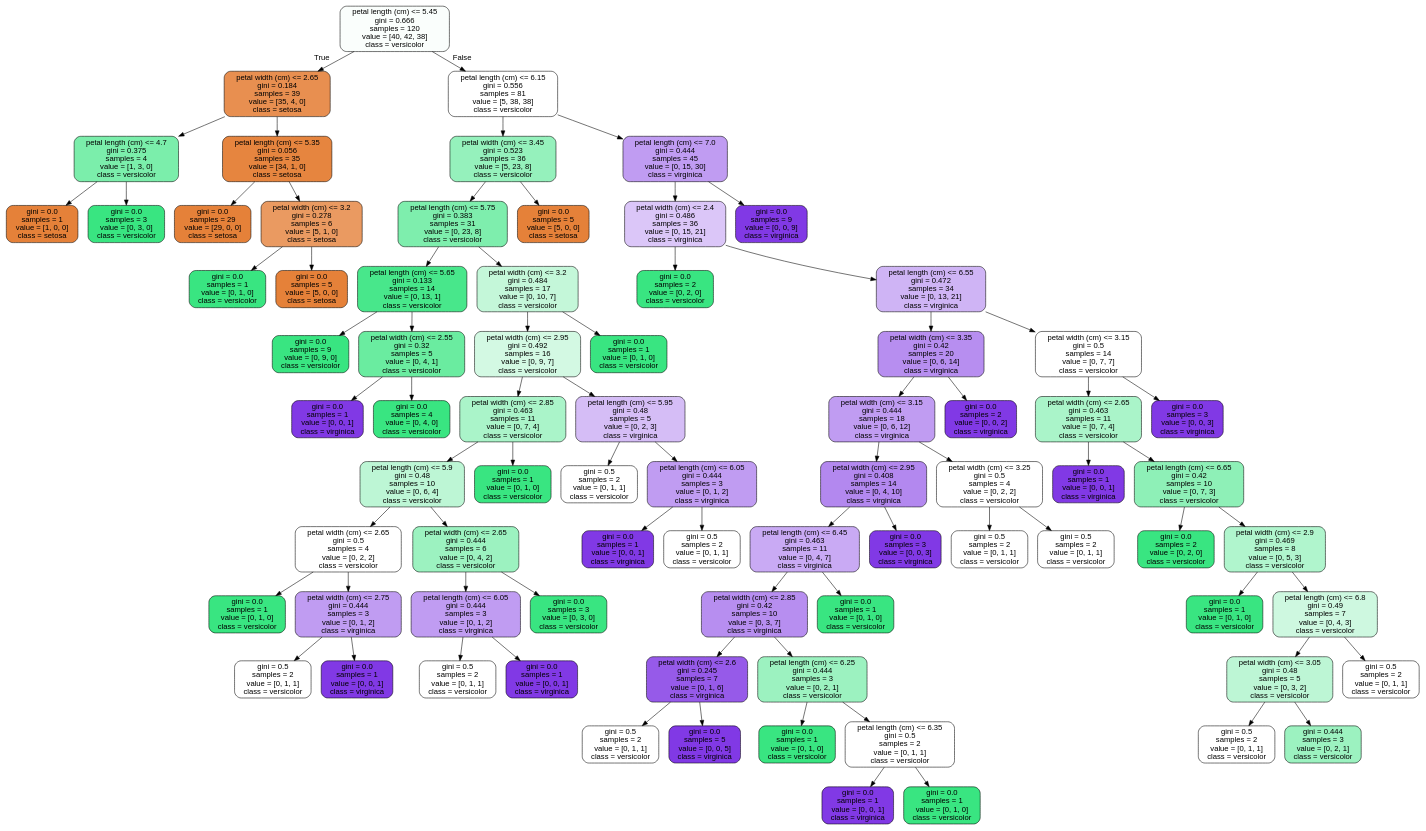
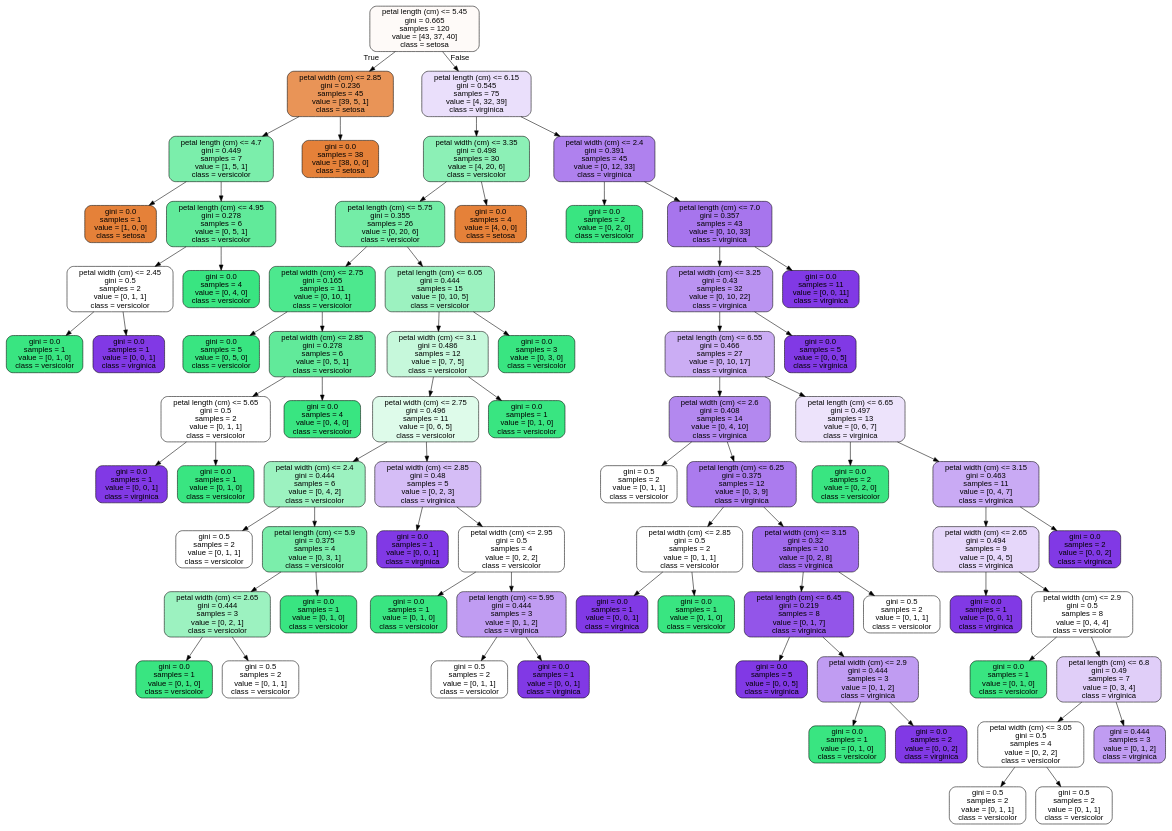
Before and after one commit to JoseDeJesusMendozaBecerril/Practica4_MineriaDeDatos: the diagram in images/decision_trees/iris_tree_train.dot, drawn with Graphviz. The commit also changed 8 other files, not shown here.

```diff
--- a/images/decision_trees/iris_tree_train.dot
+++ b/images/decision_trees/iris_tree_train.dot
@@ -1,157 +1,149 @@
 digraph Tree {
 node [shape=box, style="filled, rounded", color="black", fontname=helvetica] ;
 edge [fontname=helvetica] ;
-0 [label="petal length (cm) <= 5.45\ngini = 0.666\nsamples = 120\nvalue = [40, 42, 38]\nclass = versicolor", fillcolor="#fafefc"] ;
-1 [label="petal width (cm) <= 2.65\ngini = 0.184\nsamples = 39\nvalue = [35, 4, 0]\nclass = setosa", fillcolor="#e88f50"] ;
+0 [label="petal length (cm) <= 5.45\ngini = 0.665\nsamples = 120\nvalue = [43, 37, 40]\nclass = setosa", fillcolor="#fefaf8"] ;
+1 [label="petal width (cm) <= 2.85\ngini = 0.236\nsamples = 45\nvalue = [39, 5, 1]\nclass = setosa", fillcolor="#e99457"] ;
 0 -> 1 [labeldistance=2.5, labelangle=45, headlabel="True"] ;
-2 [label="petal length (cm) <= 4.7\ngini = 0.375\nsamples = 4\nvalue = [1, 3, 0]\nclass = versicolor", fillcolor="#7beeab"] ;
+2 [label="petal length (cm) <= 4.7\ngini = 0.449\nsamples = 7\nvalue = [1, 5, 1]\nclass = versicolor", fillcolor="#7beeab"] ;
 1 -> 2 ;
 3 [label="gini = 0.0\nsamples = 1\nvalue = [1, 0, 0]\nclass = setosa", fillcolor="#e58139"] ;
 2 -> 3 ;
-4 [label="gini = 0.0\nsamples = 3\nvalue = [0, 3, 0]\nclass = versicolor", fillcolor="#39e581"] ;
+4 [label="petal length (cm) <= 4.95\ngini = 0.278\nsamples = 6\nvalue = [0, 5, 1]\nclass = versicolor", fillcolor="#61ea9a"] ;
 2 -> 4 ;
-5 [label="petal length (cm) <= 5.35\ngini = 0.056\nsamples = 35\nvalue = [34, 1, 0]\nclass = setosa", fillcolor="#e6853f"] ;
-1 -> 5 ;
-6 [label="gini = 0.0\nsamples = 29\nvalue = [29, 0, 0]\nclass = setosa", fillcolor="#e58139"] ;
+5 [label="petal width (cm) <= 2.45\ngini = 0.5\nsamples = 2\nvalue = [0, 1, 1]\nclass = versicolor", fillcolor="#ffffff"] ;
+4 -> 5 ;
+6 [label="gini = 0.0\nsamples = 1\nvalue = [0, 1, 0]\nclass = versicolor", fillcolor="#39e581"] ;
 5 -> 6 ;
-7 [label="petal width (cm) <= 3.2\ngini = 0.278\nsamples = 6\nvalue = [5, 1, 0]\nclass = setosa", fillcolor="#ea9a61"] ;
+7 [label="gini = 0.0\nsamples = 1\nvalue = [0, 0, 1]\nclass = virginica", fillcolor="#8139e5"] ;
 5 -> 7 ;
-8 [label="gini = 0.0\nsamples = 1\nvalue = [0, 1, 0]\nclass = versicolor", fillcolor="#39e581"] ;
-7 -> 8 ;
-9 [label="gini = 0.0\nsamples = 5\nvalue = [5, 0, 0]\nclass = setosa", fillcolor="#e58139"] ;
-7 -> 9 ;
-10 [label="petal length (cm) <= 6.15\ngini = 0.556\nsamples = 81\nvalue = [5, 38, 38]\nclass = versicolor", fillcolor="#ffffff"] ;
+8 [label="gini = 0.0\nsamples = 4\nvalue = [0, 4, 0]\nclass = versicolor", fillcolor="#39e581"] ;
+4 -> 8 ;
+9 [label="gini = 0.0\nsamples = 38\nvalue = [38, 0, 0]\nclass = setosa", fillcolor="#e58139"] ;
+1 -> 9 ;
+10 [label="petal length (cm) <= 6.15\ngini = 0.545\nsamples = 75\nvalue = [4, 32, 39]\nclass = virginica", fillcolor="#eadffb"] ;
 0 -> 10 [labeldistance=2.5, labelangle=-45, headlabel="False"] ;
-11 [label="petal width (cm) <= 3.45\ngini = 0.523\nsamples = 36\nvalue = [5, 23, 8]\nclass = versicolor", fillcolor="#95f1bc"] ;
+11 [label="petal width (cm) <= 3.35\ngini = 0.498\nsamples = 30\nvalue = [4, 20, 6]\nclass = versicolor", fillcolor="#8cf0b6"] ;
 10 -> 11 ;
-12 [label="petal length (cm) <= 5.75\ngini = 0.383\nsamples = 31\nvalue = [0, 23, 8]\nclass = versicolor", fillcolor="#7eeead"] ;
+12 [label="petal length (cm) <= 5.75\ngini = 0.355\nsamples = 26\nvalue = [0, 20, 6]\nclass = versicolor", fillcolor="#74eda7"] ;
 11 -> 12 ;
-13 [label="petal length (cm) <= 5.65\ngini = 0.133\nsamples = 14\nvalue = [0, 13, 1]\nclass = versicolor", fillcolor="#48e78b"] ;
+13 [label="petal width (cm) <= 2.75\ngini = 0.165\nsamples = 11\nvalue = [0, 10, 1]\nclass = versicolor", fillcolor="#4de88e"] ;
 12 -> 13 ;
-14 [label="gini = 0.0\nsamples = 9\nvalue = [0, 9, 0]\nclass = versicolor", fillcolor="#39e581"] ;
+14 [label="gini = 0.0\nsamples = 5\nvalue = [0, 5, 0]\nclass = versicolor", fillcolor="#39e581"] ;
 13 -> 14 ;
-15 [label="petal width (cm) <= 2.55\ngini = 0.32\nsamples = 5\nvalue = [0, 4, 1]\nclass = versicolor", fillcolor="#6aeca0"] ;
+15 [label="petal width (cm) <= 2.85\ngini = 0.278\nsamples = 6\nvalue = [0, 5, 1]\nclass = versicolor", fillcolor="#61ea9a"] ;
 13 -> 15 ;
-16 [label="gini = 0.0\nsamples = 1\nvalue = [0, 0, 1]\nclass = virginica", fillcolor="#8139e5"] ;
+16 [label="petal length (cm) <= 5.65\ngini = 0.5\nsamples = 2\nvalue = [0, 1, 1]\nclass = versicolor", fillcolor="#ffffff"] ;
 15 -> 16 ;
-17 [label="gini = 0.0\nsamples = 4\nvalue = [0, 4, 0]\nclass = versicolor", fillcolor="#39e581"] ;
-15 -> 17 ;
-18 [label="petal width (cm) <= 3.2\ngini = 0.484\nsamples = 17\nvalue = [0, 10, 7]\nclass = versicolor", fillcolor="#c4f7d9"] ;
-12 -> 18 ;
-19 [label="petal width (cm) <= 2.95\ngini = 0.492\nsamples = 16\nvalue = [0, 9, 7]\nclass = versicolor", fillcolor="#d3f9e3"] ;
-18 -> 19 ;
-20 [label="petal width (cm) <= 2.85\ngini = 0.463\nsamples = 11\nvalue = [0, 7, 4]\nclass = versicolor", fillcolor="#aaf4c9"] ;
-19 -> 20 ;
-21 [label="petal length (cm) <= 5.9\ngini = 0.48\nsamples = 10\nvalue = [0, 6, 4]\nclass = versicolor", fillcolor="#bdf6d5"] ;
+17 [label="gini = 0.0\nsamples = 1\nvalue = [0, 0, 1]\nclass = virginica", fillcolor="#8139e5"] ;
+16 -> 17 ;
+18 [label="gini = 0.0\nsamples = 1\nvalue = [0, 1, 0]\nclass = versicolor", fillcolor="#39e581"] ;
+16 -> 18 ;
+19 [label="gini = 0.0\nsamples = 4\nvalue = [0, 4, 0]\nclass = versicolor", fillcolor="#39e581"] ;
+15 -> 19 ;
+20 [label="petal length (cm) <= 6.05\ngini = 0.444\nsamples = 15\nvalue = [0, 10, 5]\nclass = versicolor", fillcolor="#9cf2c0"] ;
+12 -> 20 ;
+21 [label="petal width (cm) <= 3.1\ngini = 0.486\nsamples = 12\nvalue = [0, 7, 5]\nclass = versicolor", fillcolor="#c6f8db"] ;
 20 -> 21 ;
-22 [label="petal width (cm) <= 2.65\ngini = 0.5\nsamples = 4\nvalue = [0, 2, 2]\nclass = versicolor", fillcolor="#ffffff"] ;
+22 [label="petal width (cm) <= 2.75\ngini = 0.496\nsamples = 11\nvalue = [0, 6, 5]\nclass = versicolor", fillcolor="#defbea"] ;
 21 -> 22 ;
-23 [label="gini = 0.0\nsamples = 1\nvalue = [0, 1, 0]\nclass = versicolor", fillcolor="#39e581"] ;
+23 [label="petal width (cm) <= 2.4\ngini = 0.444\nsamples = 6\nvalue = [0, 4, 2]\nclass = versicolor", fillcolor="#9cf2c0"] ;
 22 -> 23 ;
-24 [label="petal width (cm) <= 2.75\ngini = 0.444\nsamples = 3\nvalue = [0, 1, 2]\nclass = virginica", fillcolor="#c09cf2"] ;
-22 -> 24 ;
-25 [label="gini = 0.5\nsamples = 2\nvalue = [0, 1, 1]\nclass = versicolor", fillcolor="#ffffff"] ;
-24 -> 25 ;
-26 [label="gini = 0.0\nsamples = 1\nvalue = [0, 0, 1]\nclass = virginica", fillcolor="#8139e5"] ;
-24 -> 26 ;
-27 [label="petal width (cm) <= 2.65\ngini = 0.444\nsamples = 6\nvalue = [0, 4, 2]\nclass = versicolor", fillcolor="#9cf2c0"] ;
-21 -> 27 ;
-28 [label="petal length (cm) <= 6.05\ngini = 0.444\nsamples = 3\nvalue = [0, 1, 2]\nclass = virginica", fillcolor="#c09cf2"] ;
-27 -> 28 ;
-29 [label="gini = 0.5\nsamples = 2\nvalue = [0, 1, 1]\nclass = versicolor", fillcolor="#ffffff"] ;
-28 -> 29 ;
-30 [label="gini = 0.0\nsamples = 1\nvalue = [0, 0, 1]\nclass = virginica", fillcolor="#8139e5"] ;
-28 -> 30 ;
-31 [label="gini = 0.0\nsamples = 3\nvalue = [0, 3, 0]\nclass = versicolor", fillcolor="#39e581"] ;
-27 -> 31 ;
-32 [label="gini = 0.0\nsamples = 1\nvalue = [0, 1, 0]\nclass = versicolor", fillcolor="#39e581"] ;
-20 -> 32 ;
-33 [label="petal length (cm) <= 5.95\ngini = 0.48\nsamples = 5\nvalue = [0, 2, 3]\nclass = virginica", fillcolor="#d5bdf6"] ;
-19 -> 33 ;
-34 [label="gini = 0.5\nsamples = 2\nvalue = [0, 1, 1]\nclass = versicolor", fillcolor="#ffffff"] ;
-33 -> 34 ;
-35 [label="petal length (cm) <= 6.05\ngini = 0.444\nsamples = 3\nvalue = [0, 1, 2]\nclass = virginica", fillcolor="#c09cf2"] ;
-33 -> 35 ;
+24 [label="gini = 0.5\nsamples = 2\nvalue = [0, 1, 1]\nclass = versicolor", fillcolor="#ffffff"] ;
+23 -> 24 ;
+25 [label="petal length (cm) <= 5.9\ngini = 0.375\nsamples = 4\nvalue = [0, 3, 1]\nclass = versicolor", fillcolor="#7beeab"] ;
+23 -> 25 ;
+26 [label="petal width (cm) <= 2.65\ngini = 0.444\nsamples = 3\nvalue = [0, 2, 1]\nclass = versicolor", fillcolor="#9cf2c0"] ;
+25 -> 26 ;
+27 [label="gini = 0.0\nsamples = 1\nvalue = [0, 1, 0]\nclass = versicolor", fillcolor="#39e581"] ;
+26 -> 27 ;
+28 [label="gini = 0.5\nsamples = 2\nvalue = [0, 1, 1]\nclass = versicolor", fillcolor="#ffffff"] ;
+26 -> 28 ;
+29 [label="gini = 0.0\nsamples = 1\nvalue = [0, 1, 0]\nclass = versicolor", fillcolor="#39e581"] ;
+25 -> 29 ;
+30 [label="petal width (cm) <= 2.85\ngini = 0.48\nsamples = 5\nvalue = [0, 2, 3]\nclass = virginica", fillcolor="#d5bdf6"] ;
+22 -> 30 ;
+31 [label="gini = 0.0\nsamples = 1\nvalue = [0, 0, 1]\nclass = virginica", fillcolor="#8139e5"] ;
+30 -> 31 ;
+32 [label="petal width (cm) <= 2.95\ngini = 0.5\nsamples = 4\nvalue = [0, 2, 2]\nclass = versicolor", fillcolor="#ffffff"] ;
+30 -> 32 ;
+33 [label="gini = 0.0\nsamples = 1\nvalue = [0, 1, 0]\nclass = versicolor", fillcolor="#39e581"] ;
+32 -> 33 ;
+34 [label="petal length (cm) <= 5.95\ngini = 0.444\nsamples = 3\nvalue = [0, 1, 2]\nclass = virginica", fillcolor="#c09cf2"] ;
+32 -> 34 ;
+35 [label="gini = 0.5\nsamples = 2\nvalue = [0, 1, 1]\nclass = versicolor", fillcolor="#ffffff"] ;
+34 -> 35 ;
 36 [label="gini = 0.0\nsamples = 1\nvalue = [0, 0, 1]\nclass = virginica", fillcolor="#8139e5"] ;
-35 -> 36 ;
-37 [label="gini = 0.5\nsamples = 2\nvalue = [0, 1, 1]\nclass = versicolor", fillcolor="#ffffff"] ;
-35 -> 37 ;
-38 [label="gini = 0.0\nsamples = 1\nvalue = [0, 1, 0]\nclass = versicolor", fillcolor="#39e581"] ;
-18 -> 38 ;
-39 [label="gini = 0.0\nsamples = 5\nvalue = [5, 0, 0]\nclass = setosa", fillcolor="#e58139"] ;
+34 -> 36 ;
+37 [label="gini = 0.0\nsamples = 1\nvalue = [0, 1, 0]\nclass = versicolor", fillcolor="#39e581"] ;
+21 -> 37 ;
+38 [label="gini = 0.0\nsamples = 3\nvalue = [0, 3, 0]\nclass = versicolor", fillcolor="#39e581"] ;
+20 -> 38 ;
+39 [label="gini = 0.0\nsamples = 4\nvalue = [4, 0, 0]\nclass = setosa", fillcolor="#e58139"] ;
 11 -> 39 ;
-40 [label="petal length (cm) <= 7.0\ngini = 0.444\nsamples = 45\nvalue = [0, 15, 30]\nclass = virginica", fillcolor="#c09cf2"] ;
+40 [label="petal width (cm) <= 2.4\ngini = 0.391\nsamples = 45\nvalue = [0, 12, 33]\nclass = virginica", fillcolor="#af81ee"] ;
 10 -> 40 ;
-41 [label="petal width (cm) <= 2.4\ngini = 0.486\nsamples = 36\nvalue = [0, 15, 21]\nclass = virginica", fillcolor="#dbc6f8"] ;
+41 [label="gini = 0.0\nsamples = 2\nvalue = [0, 2, 0]\nclass = versicolor", fillcolor="#39e581"] ;
 40 -> 41 ;
-42 [label="gini = 0.0\nsamples = 2\nvalue = [0, 2, 0]\nclass = versicolor", fillcolor="#39e581"] ;
-41 -> 42 ;
-43 [label="petal length (cm) <= 6.55\ngini = 0.472\nsamples = 34\nvalue = [0, 13, 21]\nclass = virginica", fillcolor="#cfb4f5"] ;
-41 -> 43 ;
-44 [label="petal width (cm) <= 3.35\ngini = 0.42\nsamples = 20\nvalue = [0, 6, 14]\nclass = virginica", fillcolor="#b78ef0"] ;
+42 [label="petal length (cm) <= 7.0\ngini = 0.357\nsamples = 43\nvalue = [0, 10, 33]\nclass = virginica", fillcolor="#a775ed"] ;
+40 -> 42 ;
+43 [label="petal width (cm) <= 3.25\ngini = 0.43\nsamples = 32\nvalue = [0, 10, 22]\nclass = virginica", fillcolor="#ba93f1"] ;
+42 -> 43 ;
+44 [label="petal length (cm) <= 6.55\ngini = 0.466\nsamples = 27\nvalue = [0, 10, 17]\nclass = virginica", fillcolor="#cbadf4"] ;
 43 -> 44 ;
-45 [label="petal width (cm) <= 3.15\ngini = 0.444\nsamples = 18\nvalue = [0, 6, 12]\nclass = virginica", fillcolor="#c09cf2"] ;
+45 [label="petal width (cm) <= 2.6\ngini = 0.408\nsamples = 14\nvalue = [0, 4, 10]\nclass = virginica", fillcolor="#b388ef"] ;
 44 -> 45 ;
-46 [label="petal width (cm) <= 2.95\ngini = 0.408\nsamples = 14\nvalue = [0, 4, 10]\nclass = virginica", fillcolor="#b388ef"] ;
+46 [label="gini = 0.5\nsamples = 2\nvalue = [0, 1, 1]\nclass = versicolor", fillcolor="#ffffff"] ;
 45 -> 46 ;
-47 [label="petal length (cm) <= 6.45\ngini = 0.463\nsamples = 11\nvalue = [0, 4, 7]\nclass = virginica", fillcolor="#c9aaf4"] ;
-46 -> 47 ;
-48 [label="petal width (cm) <= 2.85\ngini = 0.42\nsamples = 10\nvalue = [0, 3, 7]\nclass = virginica", fillcolor="#b78ef0"] ;
+47 [label="petal length (cm) <= 6.25\ngini = 0.375\nsamples = 12\nvalue = [0, 3, 9]\nclass = virginica", fillcolor="#ab7bee"] ;
+45 -> 47 ;
+48 [label="petal width (cm) <= 2.85\ngini = 0.5\nsamples = 2\nvalue = [0, 1, 1]\nclass = versicolor", fillcolor="#ffffff"] ;
 47 -> 48 ;
-49 [label="petal width (cm) <= 2.6\ngini = 0.245\nsamples = 7\nvalue = [0, 1, 6]\nclass = virginica", fillcolor="#965ae9"] ;
+49 [label="gini = 0.0\nsamples = 1\nvalue = [0, 0, 1]\nclass = virginica", fillcolor="#8139e5"] ;
 48 -> 49 ;
-50 [label="gini = 0.5\nsamples = 2\nvalue = [0, 1, 1]\nclass = versicolor", fillcolor="#ffffff"] ;
-49 -> 50 ;
-51 [label="gini = 0.0\nsamples = 5\nvalue = [0, 0, 5]\nclass = virginica", fillcolor="#8139e5"] ;
-49 -> 51 ;
-52 [label="petal length (cm) <= 6.25\ngini = 0.444\nsamples = 3\nvalue = [0, 2, 1]\nclass = versicolor", fillcolor="#9cf2c0"] ;
-48 -> 52 ;
-53 [label="gini = 0.0\nsamples = 1\nvalue = [0, 1, 0]\nclass = versicolor", fillcolor="#39e581"] ;
+50 [label="gini = 0.0\nsamples = 1\nvalue = [0, 1, 0]\nclass = versicolor", fillcolor="#39e581"] ;
+48 -> 50 ;
+51 [label="petal width (cm) <= 3.15\ngini = 0.32\nsamples = 10\nvalue = [0, 2, 8]\nclass = virginica", fillcolor="#a06aec"] ;
+47 -> 51 ;
+52 [label="petal length (cm) <= 6.45\ngini = 0.219\nsamples = 8\nvalue = [0, 1, 7]\nclass = virginica", fillcolor="#9355e9"] ;
+51 -> 52 ;
+53 [label="gini = 0.0\nsamples = 5\nvalue = [0, 0, 5]\nclass = virginica", fillcolor="#8139e5"] ;
 52 -> 53 ;
-54 [label="petal length (cm) <= 6.35\ngini = 0.5\nsamples = 2\nvalue = [0, 1, 1]\nclass = versicolor", fillcolor="#ffffff"] ;
+54 [label="petal width (cm) <= 2.9\ngini = 0.444\nsamples = 3\nvalue = [0, 1, 2]\nclass = virginica", fillcolor="#c09cf2"] ;
 52 -> 54 ;
-55 [label="gini = 0.0\nsamples = 1\nvalue = [0, 0, 1]\nclass = virginica", fillcolor="#8139e5"] ;
+55 [label="gini = 0.0\nsamples = 1\nvalue = [0, 1, 0]\nclass = versicolor", fillcolor="#39e581"] ;
 54 -> 55 ;
-56 [label="gini = 0.0\nsamples = 1\nvalue = [0, 1, 0]\nclass = versicolor", fillcolor="#39e581"] ;
+56 [label="gini = 0.0\nsamples = 2\nvalue = [0, 0, 2]\nclass = virginica", fillcolor="#8139e5"] ;
 54 -> 56 ;
-57 [label="gini = 0.0\nsamples = 1\nvalue = [0, 1, 0]\nclass = versicolor", fillcolor="#39e581"] ;
-47 -> 57 ;
-58 [label="gini = 0.0\nsamples = 3\nvalue = [0, 0, 3]\nclass = virginica", fillcolor="#8139e5"] ;
-46 -> 58 ;
-59 [label="petal width (cm) <= 3.25\ngini = 0.5\nsamples = 4\nvalue = [0, 2, 2]\nclass = versicolor", fillcolor="#ffffff"] ;
-45 -> 59 ;
-60 [label="gini = 0.5\nsamples = 2\nvalue = [0, 1, 1]\nclass = versicolor", fillcolor="#ffffff"] ;
-59 -> 60 ;
-61 [label="gini = 0.5\nsamples = 2\nvalue = [0, 1, 1]\nclass = versicolor", fillcolor="#ffffff"] ;
-59 -> 61 ;
-62 [label="gini = 0.0\nsamples = 2\nvalue = [0, 0, 2]\nclass = virginica", fillcolor="#8139e5"] ;
-44 -> 62 ;
-63 [label="petal width (cm) <= 3.15\ngini = 0.5\nsamples = 14\nvalue = [0, 7, 7]\nclass = versicolor", fillcolor="#ffffff"] ;
-43 -> 63 ;
-64 [label="petal width (cm) <= 2.65\ngini = 0.463\nsamples = 11\nvalue = [0, 7, 4]\nclass = versicolor", fillcolor="#aaf4c9"] ;
+57 [label="gini = 0.5\nsamples = 2\nvalue = [0, 1, 1]\nclass = versicolor", fillcolor="#ffffff"] ;
+51 -> 57 ;
+58 [label="petal length (cm) <= 6.65\ngini = 0.497\nsamples = 13\nvalue = [0, 6, 7]\nclass = virginica", fillcolor="#ede3fb"] ;
+44 -> 58 ;
+59 [label="gini = 0.0\nsamples = 2\nvalue = [0, 2, 0]\nclass = versicolor", fillcolor="#39e581"] ;
+58 -> 59 ;
+60 [label="petal width (cm) <= 3.15\ngini = 0.463\nsamples = 11\nvalue = [0, 4, 7]\nclass = virginica", fillcolor="#c9aaf4"] ;
+58 -> 60 ;
+61 [label="petal width (cm) <= 2.65\ngini = 0.494\nsamples = 9\nvalue = [0, 4, 5]\nclass = virginica", fillcolor="#e6d7fa"] ;
+60 -> 61 ;
+62 [label="gini = 0.0\nsamples = 1\nvalue = [0, 0, 1]\nclass = virginica", fillcolor="#8139e5"] ;
+61 -> 62 ;
+63 [label="petal width (cm) <= 2.9\ngini = 0.5\nsamples = 8\nvalue = [0, 4, 4]\nclass = versicolor", fillcolor="#ffffff"] ;
+61 -> 63 ;
+64 [label="gini = 0.0\nsamples = 1\nvalue = [0, 1, 0]\nclass = versicolor", fillcolor="#39e581"] ;
 63 -> 64 ;
-65 [label="gini = 0.0\nsamples = 1\nvalue = [0, 0, 1]\nclass = virginica", fillcolor="#8139e5"] ;
-64 -> 65 ;
-66 [label="petal length (cm) <= 6.65\ngini = 0.42\nsamples = 10\nvalue = [0, 7, 3]\nclass = versicolor", fillcolor="#8ef0b7"] ;
-64 -> 66 ;
-67 [label="gini = 0.0\nsamples = 2\nvalue = [0, 2, 0]\nclass = versicolor", fillcolor="#39e581"] ;
+65 [label="petal length (cm) <= 6.8\ngini = 0.49\nsamples = 7\nvalue = [0, 3, 4]\nclass = virginica", fillcolor="#e0cef8"] ;
+63 -> 65 ;
+66 [label="petal width (cm) <= 3.05\ngini = 0.5\nsamples = 4\nvalue = [0, 2, 2]\nclass = versicolor", fillcolor="#ffffff"] ;
+65 -> 66 ;
+67 [label="gini = 0.5\nsamples = 2\nvalue = [0, 1, 1]\nclass = versicolor", fillcolor="#ffffff"] ;
 66 -> 67 ;
-68 [label="petal width (cm) <= 2.9\ngini = 0.469\nsamples = 8\nvalue = [0, 5, 3]\nclass = versicolor", fillcolor="#b0f5cd"] ;
+68 [label="gini = 0.5\nsamples = 2\nvalue = [0, 1, 1]\nclass = versicolor", fillcolor="#ffffff"] ;
 66 -> 68 ;
-69 [label="gini = 0.0\nsamples = 1\nvalue = [0, 1, 0]\nclass = versicolor", fillcolor="#39e581"] ;
-68 -> 69 ;
-70 [label="petal length (cm) <= 6.8\ngini = 0.49\nsamples = 7\nvalue = [0, 4, 3]\nclass = versicolor", fillcolor="#cef8e0"] ;
-68 -> 70 ;
-71 [label="petal width (cm) <= 3.05\ngini = 0.48\nsamples = 5\nvalue = [0, 3, 2]\nclass = versicolor", fillcolor="#bdf6d5"] ;
-70 -> 71 ;
-72 [label="gini = 0.5\nsamples = 2\nvalue = [0, 1, 1]\nclass = versicolor", fillcolor="#ffffff"] ;
-71 -> 72 ;
-73 [label="gini = 0.444\nsamples = 3\nvalue = [0, 2, 1]\nclass = versicolor", fillcolor="#9cf2c0"] ;
-71 -> 73 ;
-74 [label="gini = 0.5\nsamples = 2\nvalue = [0, 1, 1]\nclass = versicolor", fillcolor="#ffffff"] ;
-70 -> 74 ;
-75 [label="gini = 0.0\nsamples = 3\nvalue = [0, 0, 3]\nclass = virginica", fillcolor="#8139e5"] ;
-63 -> 75 ;
-76 [label="gini = 0.0\nsamples = 9\nvalue = [0, 0, 9]\nclass = virginica", fillcolor="#8139e5"] ;
-40 -> 76 ;
+69 [label="gini = 0.444\nsamples = 3\nvalue = [0, 1, 2]\nclass = virginica", fillcolor="#c09cf2"] ;
+65 -> 69 ;
+70 [label="gini = 0.0\nsamples = 2\nvalue = [0, 0, 2]\nclass = virginica", fillcolor="#8139e5"] ;
+60 -> 70 ;
+71 [label="gini = 0.0\nsamples = 5\nvalue = [0, 0, 5]\nclass = virginica", fillcolor="#8139e5"] ;
+43 -> 71 ;
+72 [label="gini = 0.0\nsamples = 11\nvalue = [0, 0, 11]\nclass = virginica", fillcolor="#8139e5"] ;
+42 -> 72 ;
 }
```
